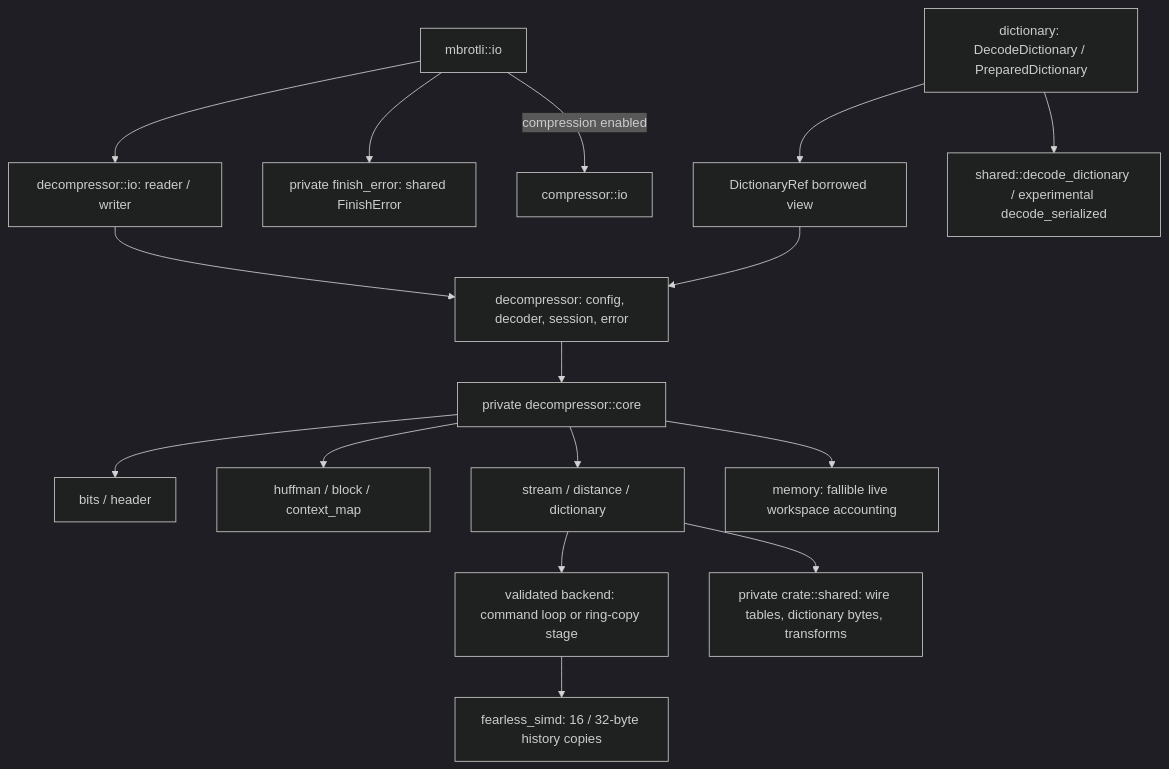
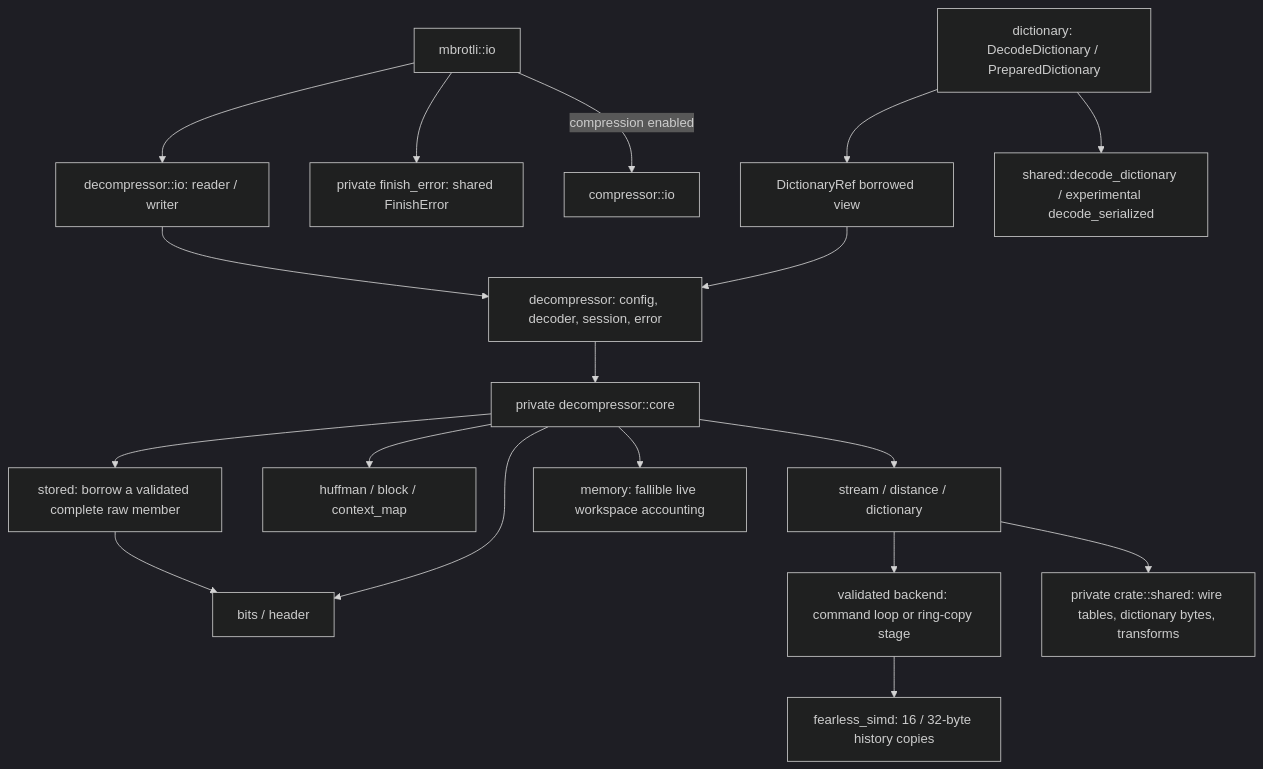
Before and after one commit to Mnwa/mbrotli: the first of 9 diagrams in architecture/decompressor.md, drawn with Mermaid (dark theme). The commit also changed other lines of this file and 59 other files, not shown here.

````diff
--- a/architecture/decompressor.md
+++ b/architecture/decompressor.md
@@ -13,18 +13,20 @@
 ```mermaid
 graph TD
     API[decompressor: config, decoder, session, error] --> Core[private decompressor::core]
     IO[decompressor::io: reader / writer] --> API
     Facade[mbrotli::io] --> IO
     Facade --> Finish[private finish_error: shared FinishError]
     Facade -->|compression enabled| EncoderIO[compressor::io]
-    Core --> Bits[bits / header]
+    Core --> Stored[stored: borrow a validated complete raw member]
+    Stored --> Bits[bits / header]
+    Core --> Bits
     Core --> Entropy[huffman / block / context_map]
     Core --> Regen[stream / distance / dictionary]
     Core --> Memory[memory: fallible live workspace accounting]
     Regen --> Dispatch[validated backend: command loop or ring-copy stage]
     Dispatch --> Copies[fearless_simd: 16 / 32-byte history copies]
     Regen --> Shared[private crate::shared: wire tables, dictionary bytes, transforms]
     Dict[dictionary: DecodeDictionary / PreparedDictionary] --> View[DictionaryRef borrowed view]
     View --> API
     Dict --> Store[shared::decode_dictionary / experimental decode_serialized]
 ```
````
